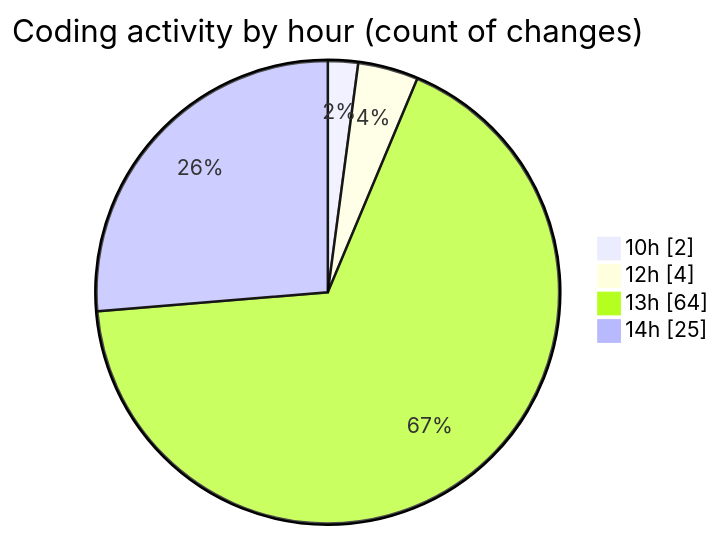
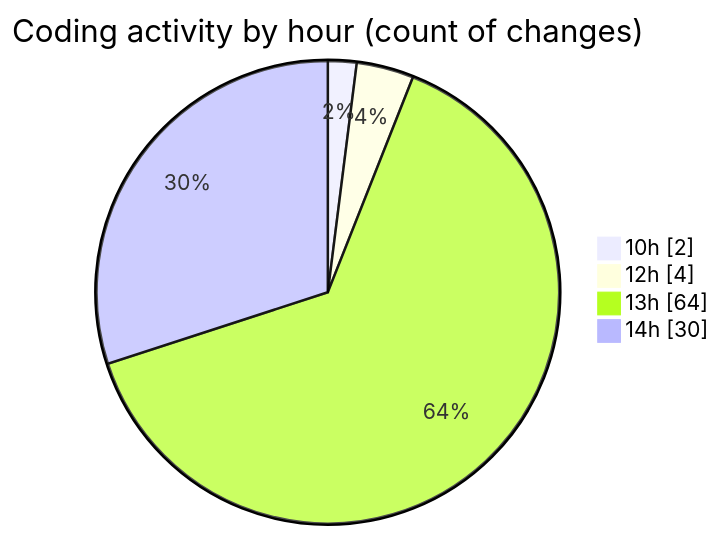
The second of 2 diagrams in 2026-04-30/cda/README.md (momahboobian/code-tracking), drawn with Mermaid before and after one commit. The commit also changed other lines of this file and 1 other file, not shown here.

````diff
--- a/2026-04-30/cda/README.md
+++ b/2026-04-30/cda/README.md
@@ -69,8 +70,8 @@
 ```mermaid
 pie showData
 title Coding activity by hour (count of changes)
 "10h" : 2
 "12h" : 4
 "13h" : 64
-"14h" : 25
+"14h" : 30
 ```
````
